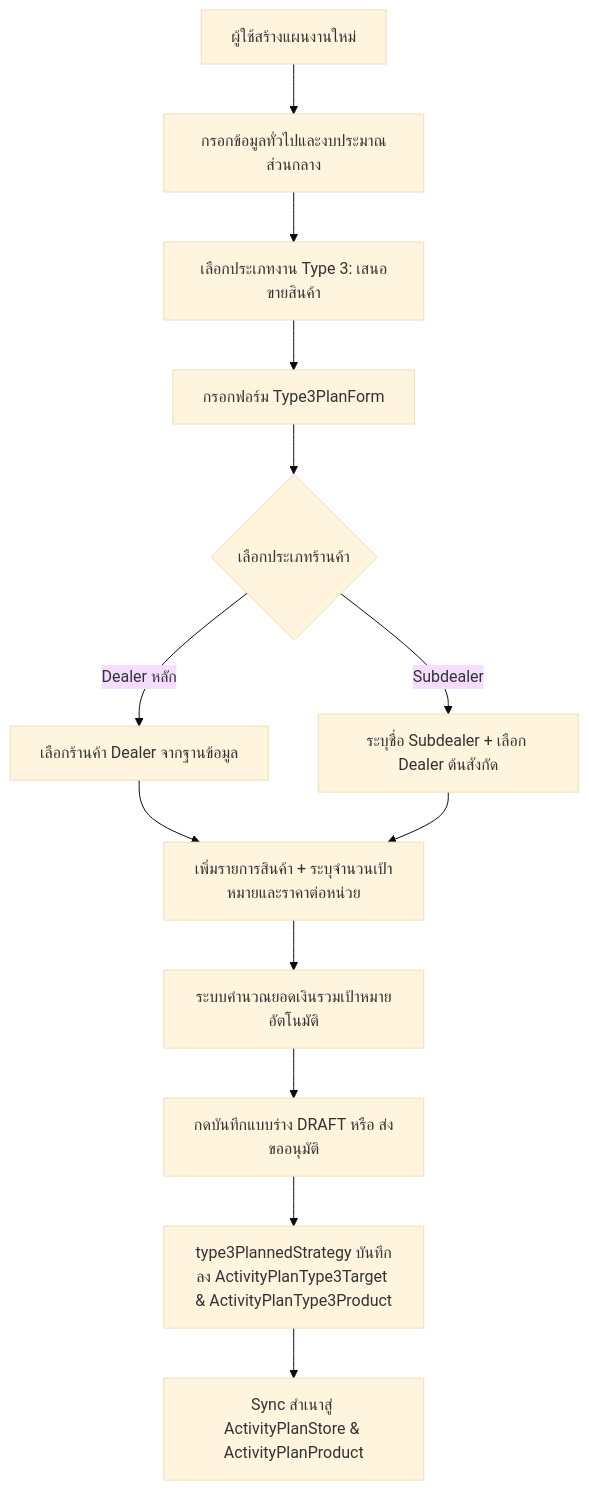
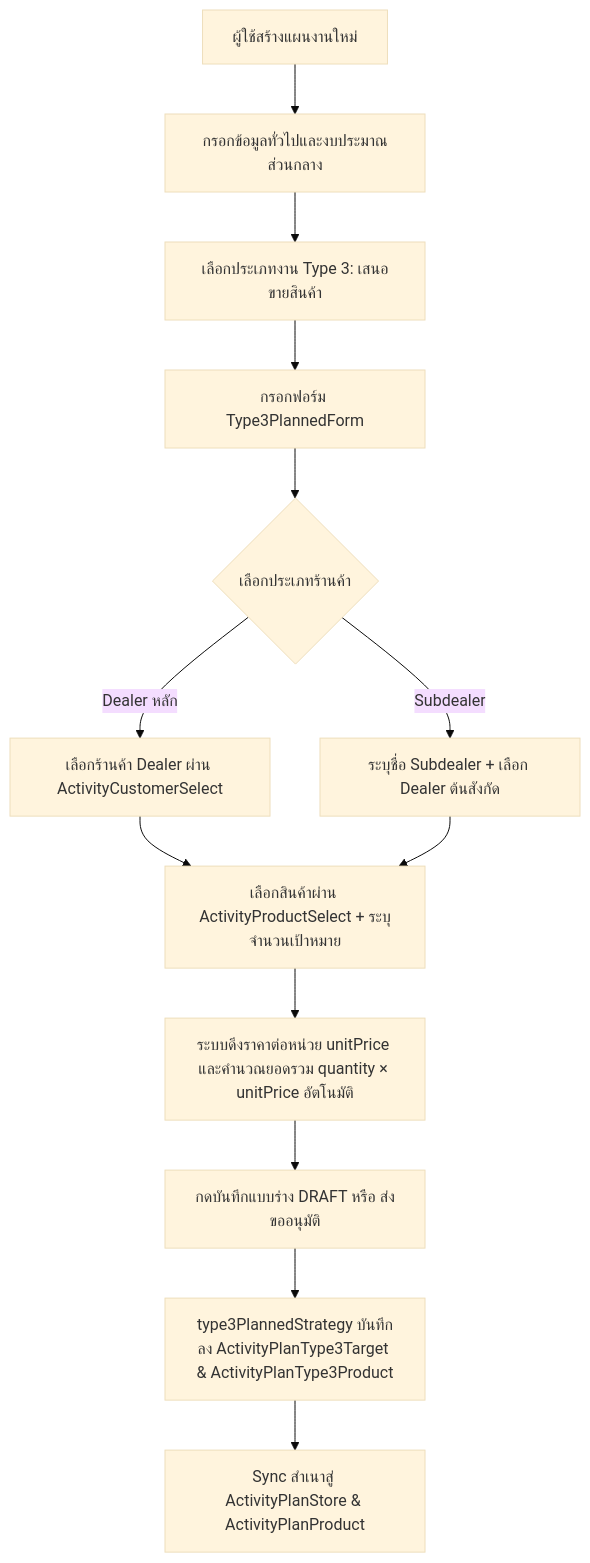
The first of 3 diagrams in modules/activity/features/type-3/README.md (bankhk10/crm-bank), drawn with Mermaid (base theme) before and after one commit. The commit also changed other lines of this file and 5 other files, not shown here.

````diff
--- a/modules/activity/features/type-3/README.md
+++ b/modules/activity/features/type-3/README.md
@@ -46,15 +46,15 @@
 ```mermaid
 graph TD
-    A[ผู้ใช้สร้างแผนงานใหม่] --> B[กรอกข้อมูลทั่วไปและงบประมาณส่วนกลาง]
-    B --> C[เลือกประเภทงาน Type 3: เสนอขายสินค้า]
-    C --> D[กรอกฟอร์ม Type3PlanForm]
-    D --> E{เลือกประเภทร้านค้า}
-    E -->|Dealer หลัก| F[เลือกร้านค้า Dealer จากฐานข้อมูล]
-    E -->|Subdealer| G[ระบุชื่อ Subdealer + เลือก Dealer ต้นสังกัด]
-    F --> H[เพิ่มรายการสินค้า + ระบุจำนวนเป้าหมายและราคาต่อหน่วย]
+    A["ผู้ใช้สร้างแผนงานใหม่"] --> B["กรอกข้อมูลทั่วไปและงบประมาณส่วนกลาง"]
+    B --> C["เลือกประเภทงาน Type 3: เสนอขายสินค้า"]
+    C --> D["กรอกฟอร์ม Type3PlannedForm"]
+    D --> E{"เลือกประเภทร้านค้า"}
+    E -->|"Dealer หลัก"| F["เลือกร้านค้า Dealer ผ่าน ActivityCustomerSelect"]
+    E -->|"Subdealer"| G["ระบุชื่อ Subdealer + เลือก Dealer ต้นสังกัด"]
+    F --> H["เลือกสินค้าผ่าน ActivityProductSelect + ระบุจำนวนเป้าหมาย"]
     G --> H
-    H --> I[ระบบคำนวณยอดเงินรวมเป้าหมายอัตโนมัติ]
-    I --> J[กดบันทึกแบบร่าง DRAFT หรือ ส่งขออนุมัติ]
-    J --> K[type3PlannedStrategy บันทึกลง ActivityPlanType3Target & ActivityPlanType3Product]
-    K --> L[Sync สำเนาสู่ ActivityPlanStore & ActivityPlanProduct]
+    H --> I["ระบบดึงราคาต่อหน่วย unitPrice และคำนวณยอดรวม quantity × unitPrice อัตโนมัติ"]
+    I --> J["กดบันทึกแบบร่าง DRAFT หรือ ส่งขออนุมัติ"]
+    J --> K["type3PlannedStrategy บันทึกลง ActivityPlanType3Target & ActivityPlanType3Product"]
+    K --> L["Sync สำเนาสู่ ActivityPlanStore & ActivityPlanProduct"]
 ```
````
